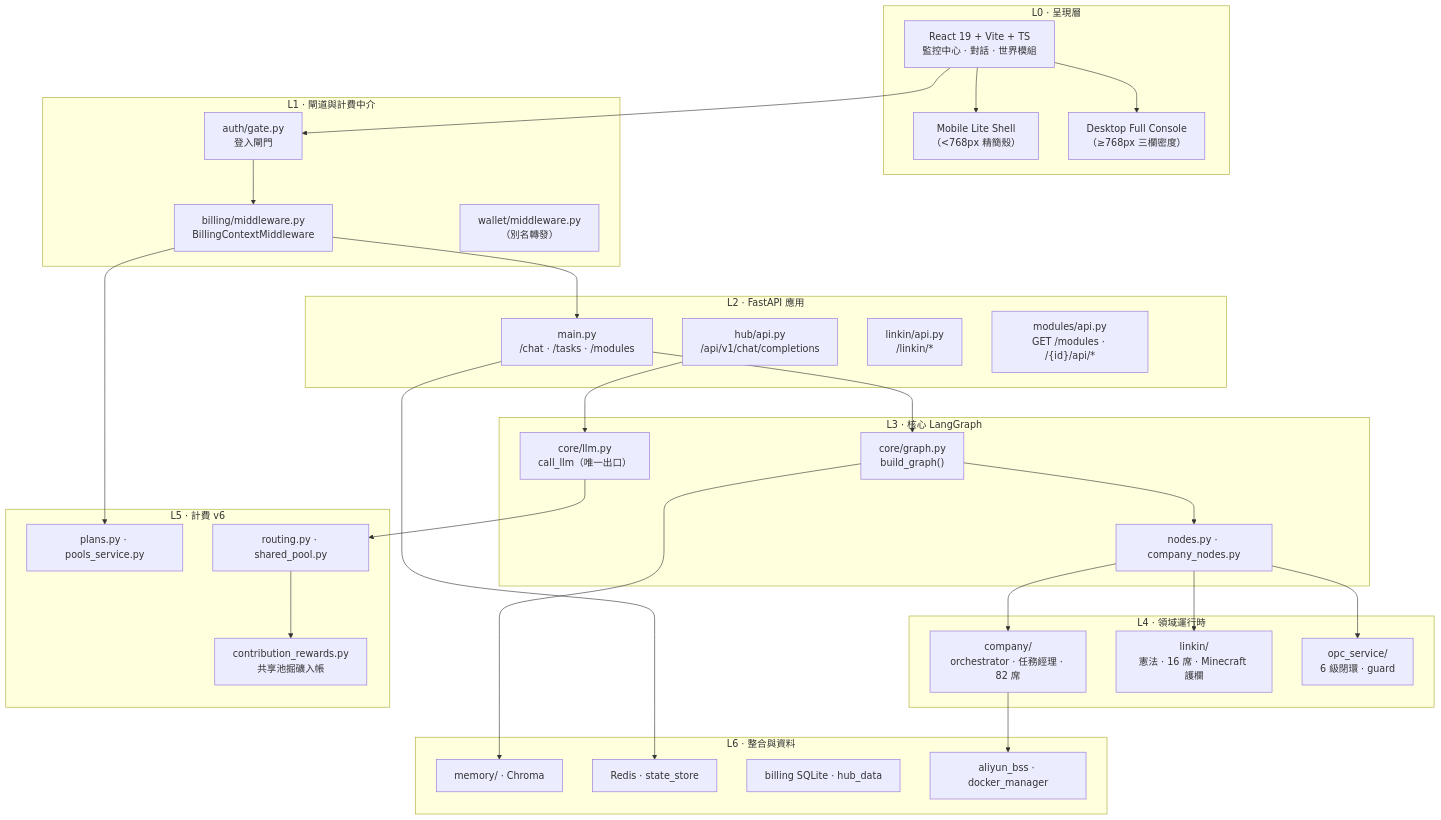
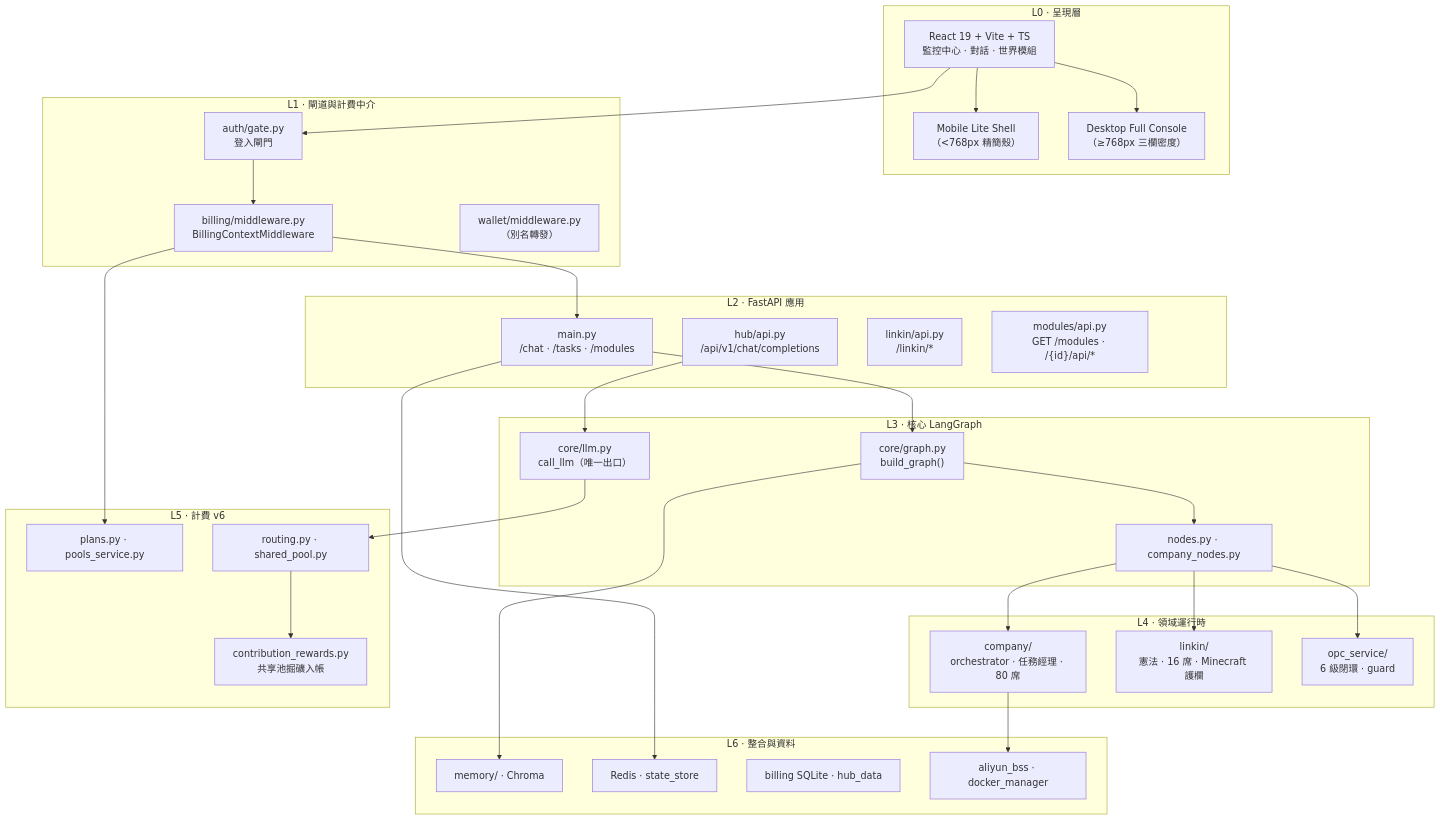
Before and after one commit to iiooiioo888/Linkin: the third of 10 diagrams in docs/architecture/system-architecture-2026-09.md, drawn with Mermaid. The commit also changed other lines of this file and 27 other files, not shown here.

````diff
--- a/docs/architecture/system-architecture-2026-09.md
+++ b/docs/architecture/system-architecture-2026-09.md
@@ -73,64 +73,64 @@
 ```mermaid
 flowchart TB
     subgraph L0["L0 · 呈現層"]
         React["React 19 + Vite + TS<br/>監控中心 · 對話 · 世界模組"]
         Mobile["Mobile Lite Shell<br/>（&lt;768px 精簡殼）"]
         Desktop["Desktop Full Console<br/>（≥768px 三欄密度）"]
     end
 
     subgraph L1["L1 · 閘道與計費中介"]
         Auth["auth/gate.py<br/>登入閘門"]
         BillMW["billing/middleware.py<br/>BillingContextMiddleware"]
         Wallet["wallet/middleware.py<br/>（別名轉發）"]
     end
 
     subgraph L2["L2 · FastAPI 應用"]
         Main["main.py<br/>/chat · /tasks · /modules"]
         Hub["hub/api.py<br/>/api/v1/chat/completions"]
         LinkinAPI["linkin/api.py<br/>/linkin/*"]
         ModAPI["modules/api.py<br/>GET /modules · /{id}/api/*"]
     end
 
     subgraph L3["L3 · 核心 LangGraph"]
         Graph["core/graph.py<br/>build_graph()"]
         Nodes["nodes.py · company_nodes.py"]
         LLM["core/llm.py<br/>call_llm（唯一出口）"]
     end
 
     subgraph L4["L4 · 領域運行時"]
-        Company["company/<br/>orchestrator · 任務經理 · 82 席"]
+        Company["company/<br/>orchestrator · 任務經理 · 80 席"]
         Linkin["linkin/<br/>憲法 · 16 席 · Minecraft 護欄"]
         OPCG["opc_service/<br/>6 級閉環 · guard"]
     end
 
     subgraph L5["L5 · 計費 v6"]
         Plans["plans.py · pools_service.py"]
         Routing["routing.py · shared_pool.py"]
         Rewards["contribution_rewards.py<br/>共享池掘礦入帳"]
     end
 
     subgraph L6["L6 · 整合與資料"]
         Mem["memory/ · Chroma"]
         RedisD["Redis · state_store"]
         SQLite["billing SQLite · hub_data"]
         BSS2["aliyun_bss · docker_manager"]
     end
 
     React --> Mobile
     React --> Desktop
     React --> Auth
     Auth --> BillMW
     BillMW --> Main
     Main --> Graph
     Hub --> LLM
     Graph --> Nodes
     Nodes --> Company
     Nodes --> Linkin
     Nodes --> OPCG
     LLM --> Routing
     Routing --> Rewards
     Graph --> Mem
     Main --> RedisD
     BillMW --> Plans
     Company --> BSS2
 ```
````
